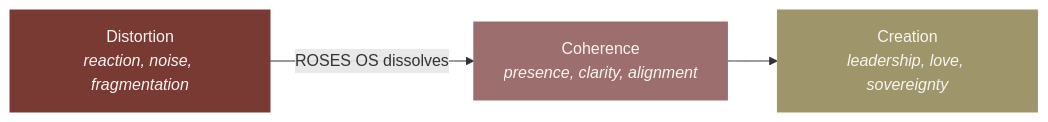
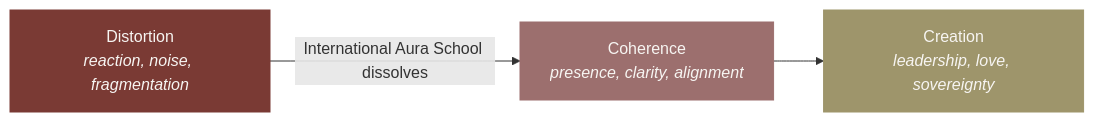
The second of 27 diagrams in docs/brand/brand-dna.md (Light-Brands/roses-os), drawn with Mermaid before and after one commit. The commit also changed other lines of this file and 79 other files, not shown here.

First line of the commit message:
Rename ROSES OS to International Aura School across entire codebase

````diff
--- a/docs/brand/brand-dna.md
+++ b/docs/brand/brand-dna.md
@@ -122,9 +122,9 @@
 ```mermaid
 graph LR
-    A["Distortion<br/><i>reaction, noise, fragmentation</i>"] -->|ROSES OS dissolves| B["Coherence<br/><i>presence, clarity, alignment</i>"]
+    A["Distortion<br/><i>reaction, noise, fragmentation</i>"] -->|International Aura School dissolves| B["Coherence<br/><i>presence, clarity, alignment</i>"]
     B --> C["Creation<br/><i>leadership, love, sovereignty</i>"]
 
     style A fill:#7A3A34,color:#F7F5F2,stroke:#7A3A34
     style B fill:#9C6F6E,color:#F7F5F2,stroke:#9C6F6E
     style C fill:#9E956B,color:#F7F5F2,stroke:#9E956B
 ```
````
